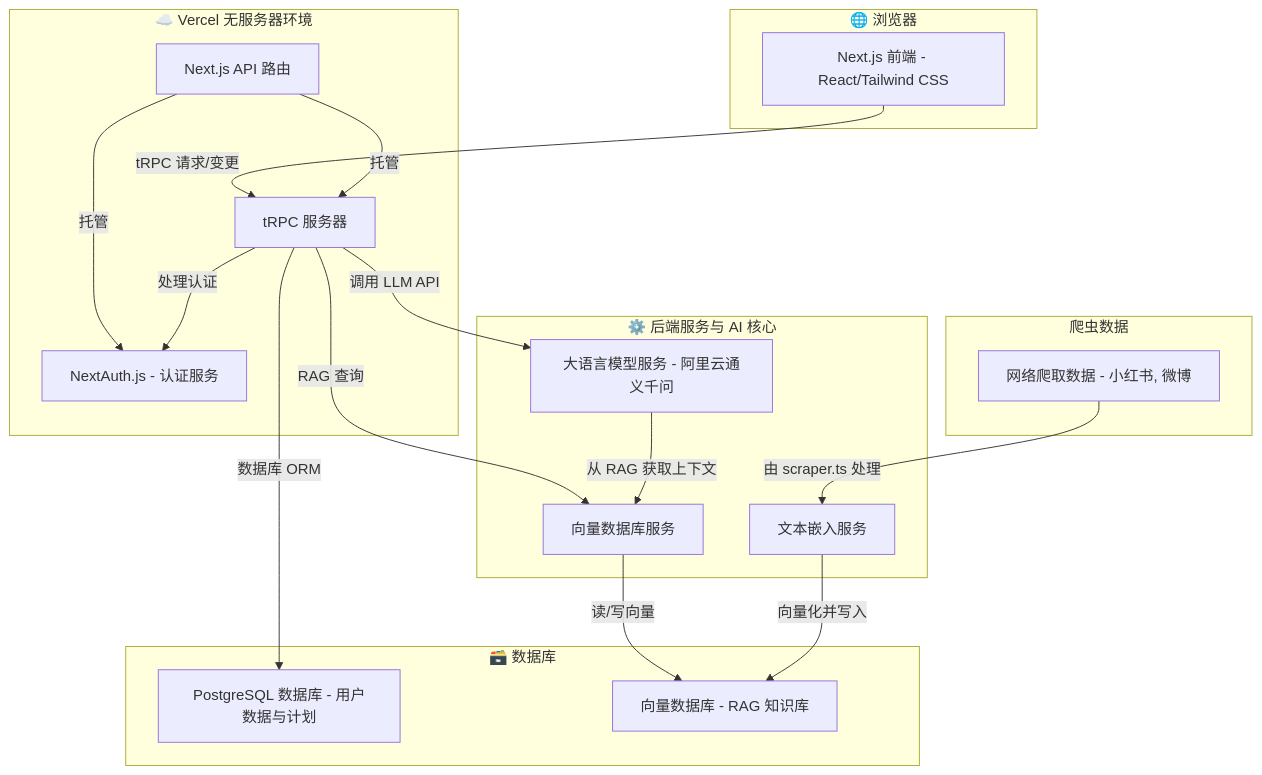
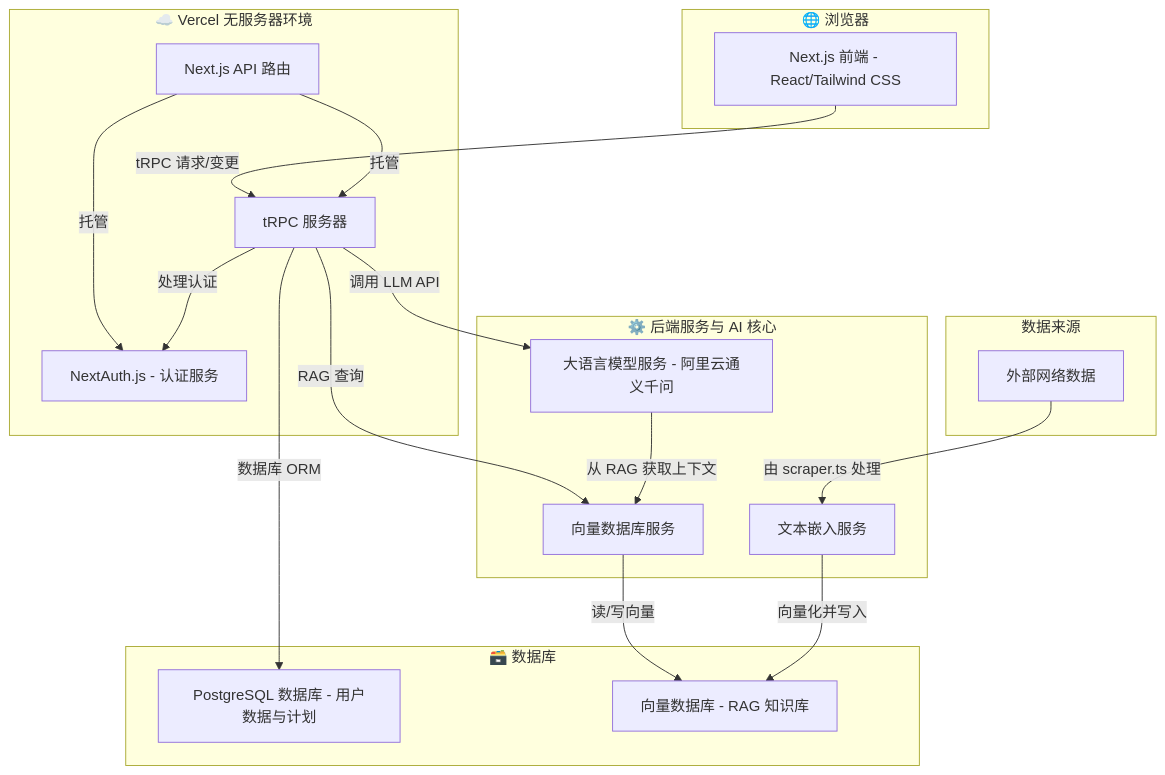
One commit to ACardinals/TravelGPT changed the diagram in README_zh-CN.md. Above: the diagram before and after it, drawn with Mermaid. The commit also changed other lines of this file and 1 other file, not shown here.

Commit message:
docs: generalize data source descriptions in READMEs

````diff
--- a/README_zh-CN.md
+++ b/README_zh-CN.md
@@ -30,44 +30,44 @@
 ```mermaid
 graph TD
     subgraph "🌐 浏览器"
         A[Next.js 前端 - React/Tailwind CSS]
     end
 
     subgraph "☁️ Vercel 无服务器环境"
         B[Next.js API 路由]
         C[tRPC 服务器]
         D[NextAuth.js - 认证服务]
     end
 
     subgraph "⚙️ 后端服务与 AI 核心"
         F[大语言模型服务 - 阿里云通义千问]
         G[向量数据库服务]
         H[文本嵌入服务]
     end
 
     subgraph "🗃️ 数据库"
         I[PostgreSQL 数据库 - 用户数据与计划]
         J[向量数据库 - RAG 知识库]
     end
     
-    subgraph "爬虫数据"
-     K[网络爬取数据 - 小红书, 微博]
+    subgraph "数据来源"
+     K[外部网络数据]
     end
     
 
     A -- "tRPC 请求/变更" --> C
     B -- "托管" --> C
     B -- "托管" --> D
 
     C -- "数据库 ORM" --> I
     C -- "调用 LLM API" --> F
     C -- "RAG 查询" --> G
     C -- "处理认证" --> D
 
     G -- "读/写向量" --> J
     H -- "向量化并写入" --> J
 
     F -- "从 RAG 获取上下文" --> G
 
     K -- "由 scraper.ts 处理" --> H
 ```
````
